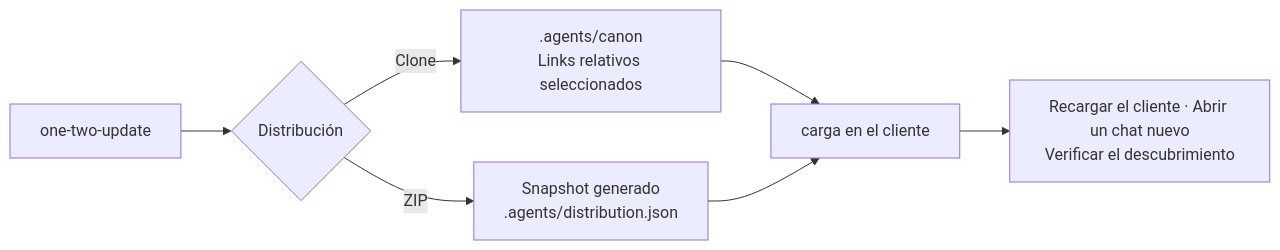
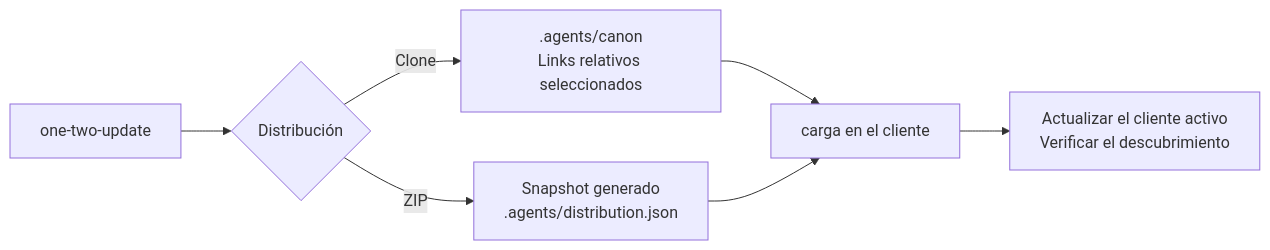
Before and after one commit to cangrejometralleta/OneTwoThree: the third of 4 diagrams in README.es.md, drawn with Mermaid. The commit also changed 3 other files, not shown here.

````diff
--- a/README.es.md
+++ b/README.es.md
@@ -288,9 +288,9 @@
 ```mermaid
 flowchart LR
     UPDATE["one-two-update"] --> FORMAT{"Distribución"}
     FORMAT -- "Clone" --> CLONE[".agents/canon<br/>Links relativos seleccionados"]
     FORMAT -- "ZIP" --> ZIP["Snapshot generado<br/>.agents/distribution.json"]
     CLONE --> RELOAD["carga en el cliente"]
     ZIP --> RELOAD
-    RELOAD --> VERIFY["Recargar el cliente · Abrir un chat nuevo<br/>Verificar el descubrimiento"]
+    RELOAD --> VERIFY["Actualizar el cliente activo<br/>Verificar el descubrimiento"]
 ```
````
